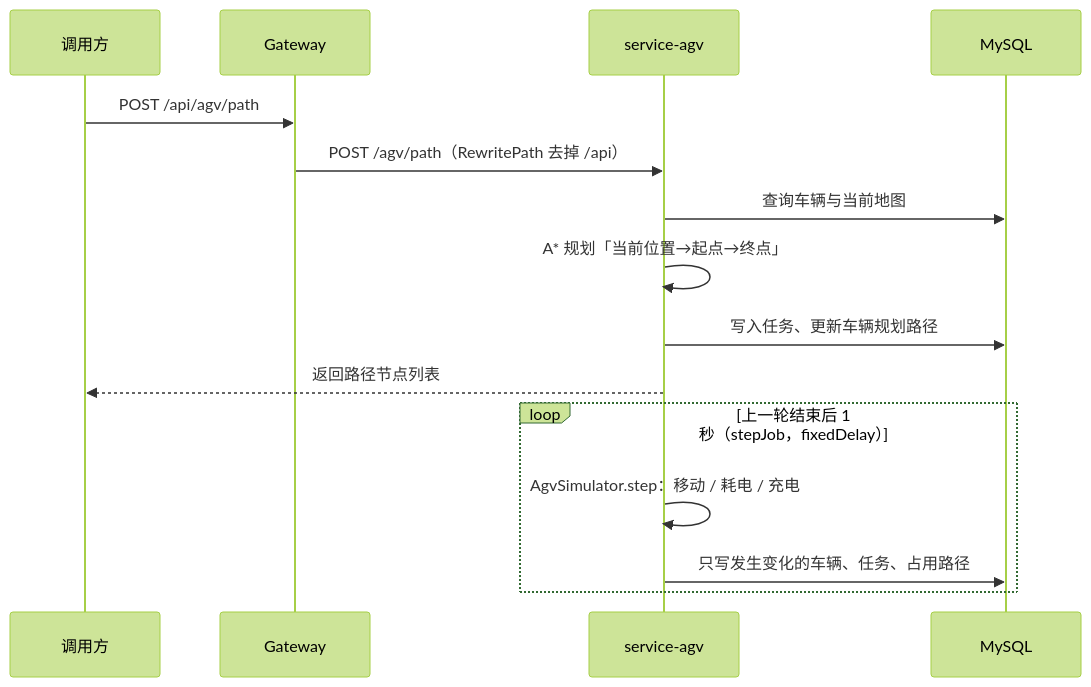
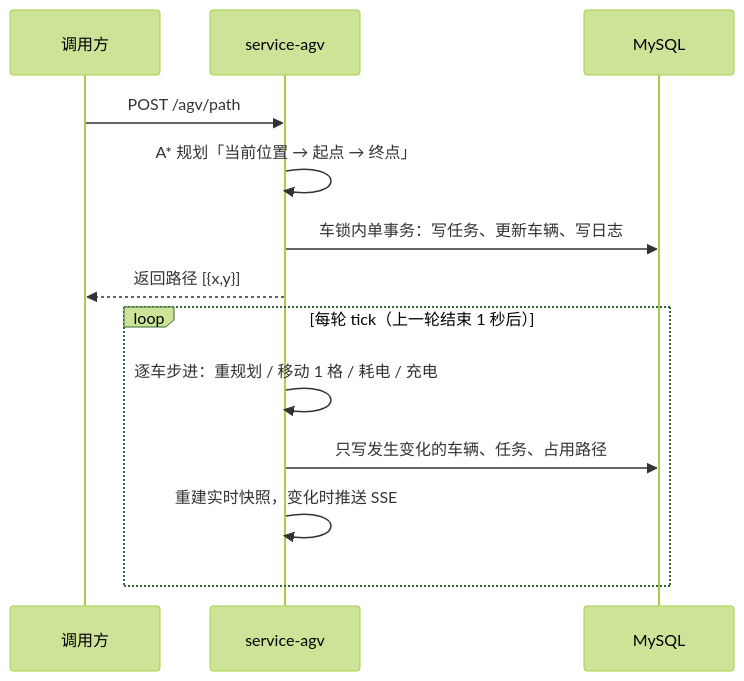
One commit to lizhi-03/agv-system changed the second of 2 diagrams in README.md. Above: the diagram before and after it, drawn with Mermaid (forest theme). The commit also changed other lines of this file, not shown here.

````diff
--- a/README.md
+++ b/README.md
@@ -457,17 +347,15 @@
 ```mermaid
 sequenceDiagram
     participant C as 调用方
-    participant G as Gateway
     participant S as service-agv
     participant DB as MySQL
-    C->>G: POST /api/agv/path
-    G->>S: POST /agv/path（RewritePath 去掉 /api）
-    S->>DB: 查询车辆与当前地图
-    S->>S: A* 规划「当前位置→起点→终点」
-    S->>DB: 写入任务、更新车辆规划路径
-    S-->>C: 返回路径节点列表
-    loop 上一轮结束后 1 秒（stepJob，fixedDelay）
-        S->>S: AgvSimulator.step：移动 / 耗电 / 充电
+    C->>S: POST /agv/path
+    S->>S: A* 规划「当前位置 → 起点 → 终点」
+    S->>DB: 车锁内单事务：写任务、更新车辆、写日志
+    S-->>C: 返回路径 [{x,y}]
+    loop 每轮 tick（上一轮结束 1 秒后）
+        S->>S: 逐车步进：重规划 / 移动 1 格 / 耗电 / 充电
         S->>DB: 只写发生变化的车辆、任务、占用路径
+        S->>S: 重建实时快照，变化时推送 SSE
     end
 ```
````
